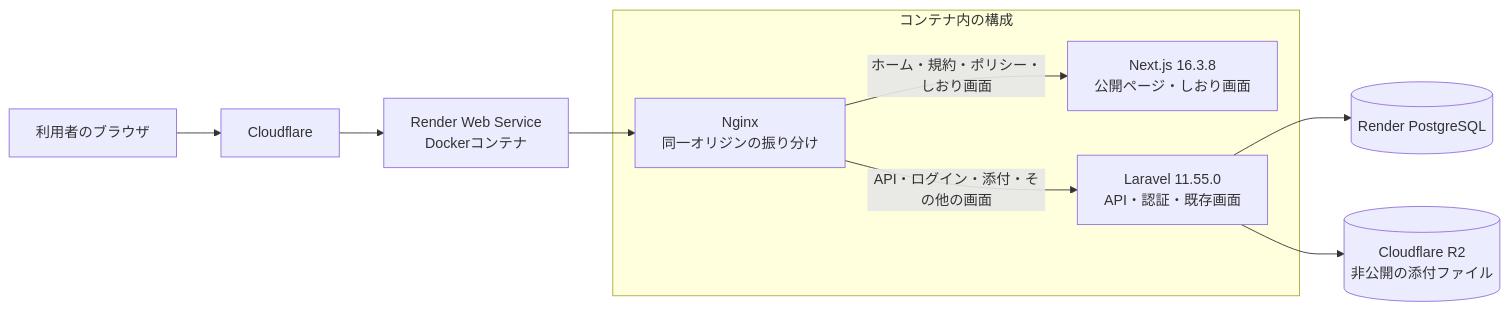
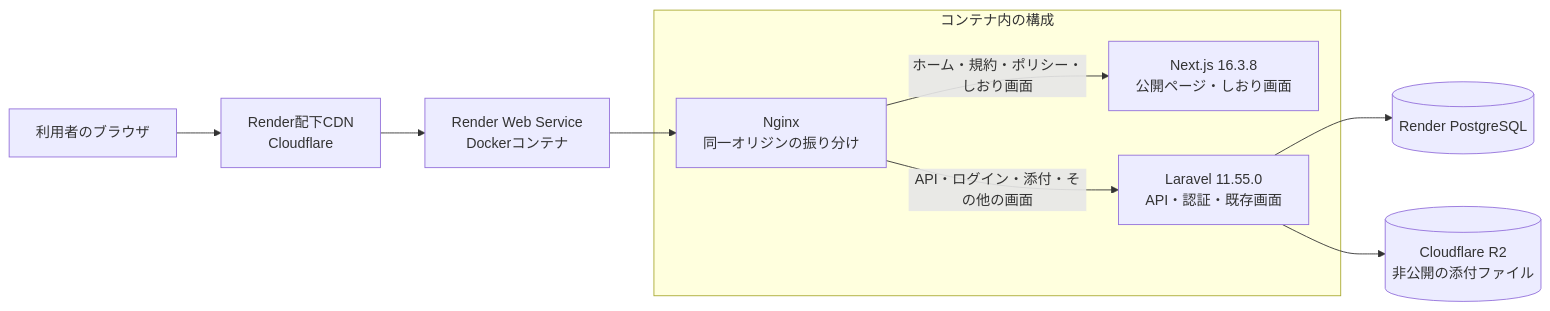
One commit to ramer-orange/guide changed the first of 2 diagrams in README.md. Above: the diagram before and after it, drawn with Mermaid. The commit also changed other lines of this file, not shown here.

````diff
--- a/README.md
+++ b/README.md
@@ -49,15 +99,15 @@
 ```mermaid
 flowchart LR
-    User[利用者のブラウザ] --> Edge[Cloudflare]
+    User[利用者のブラウザ] --> Edge[Render配下CDN<br/>Cloudflare]
     Edge --> Render[Render Web Service<br/>Dockerコンテナ]
     subgraph App[コンテナ内の構成]
         Nginx[Nginx<br/>同一オリジンの振り分け]
         Next[Next.js 16.3.8<br/>公開ページ・しおり画面]
         Laravel[Laravel 11.55.0<br/>API・認証・既存画面]
         Nginx -->|ホーム・規約・ポリシー・しおり画面| Next
         Nginx -->|API・ログイン・添付・その他の画面| Laravel
     end
     Render --> Nginx
     Laravel --> DB[(Render PostgreSQL)]
     Laravel --> R2[(Cloudflare R2<br/>非公開の添付ファイル)]
 ```
````
